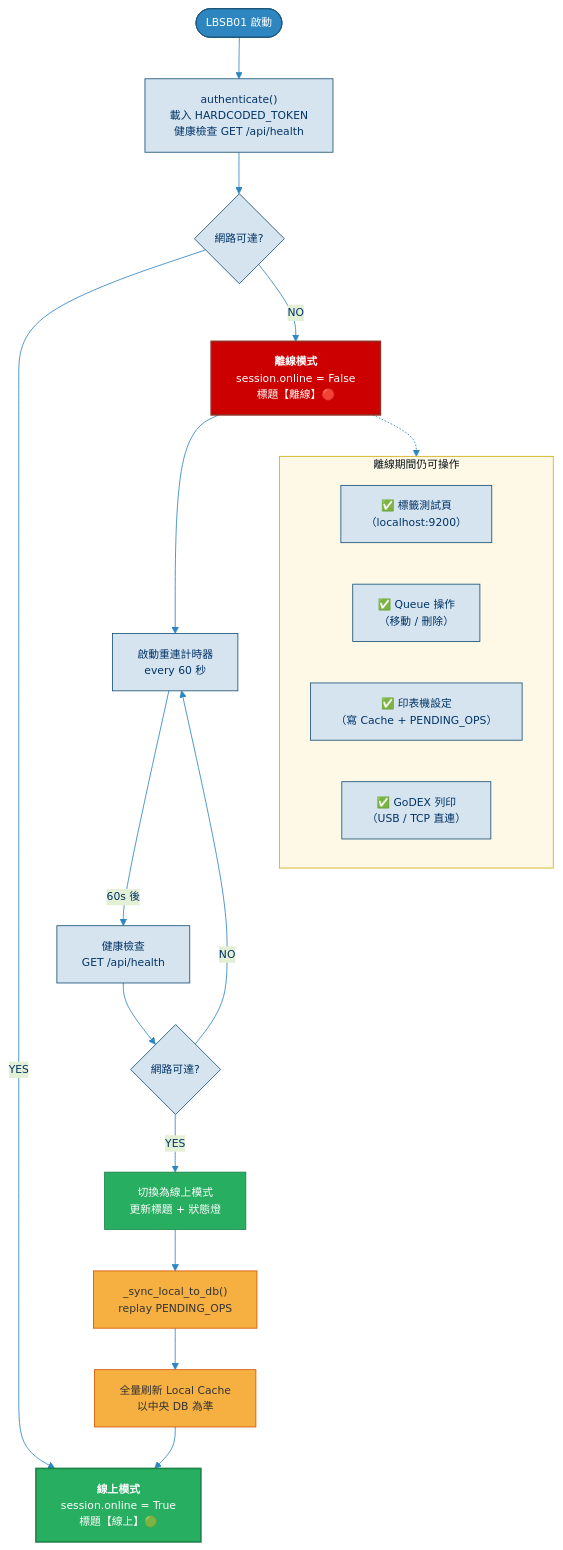
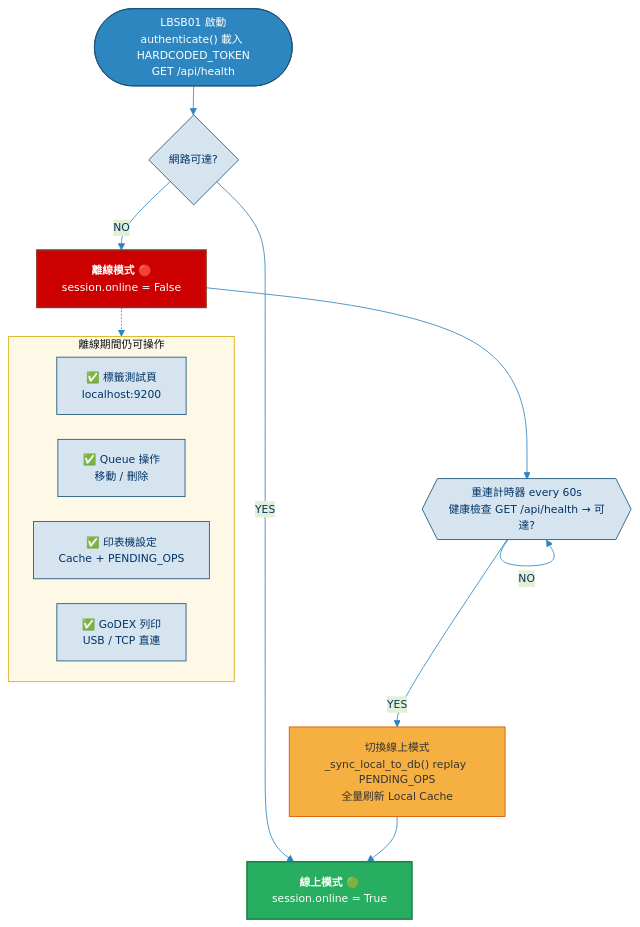
One commit to sti-fhb/LB_TBMS changed the diagram in docs/images/offline-reconnect.mmd. Above: the diagram before and after it, drawn with Mermaid. The commit also changed 5 other files, not shown here.

```diff
--- a/docs/images/offline-reconnect.mmd
+++ b/docs/images/offline-reconnect.mmd
@@ -1,34 +1,27 @@
-%%{init: {'theme': 'base', 'themeVariables': {'primaryColor': '#D6E4F0', 'primaryTextColor': '#003366', 'primaryBorderColor': '#1A5276', 'lineColor': '#2E86C1', 'fontSize': '13px'}}}%%
+%%{init: {'theme': 'base', 'themeVariables': {'primaryColor': '#D6E4F0', 'primaryTextColor': '#003366', 'primaryBorderColor': '#1A5276', 'lineColor': '#2E86C1', 'fontSize': '13px'}, 'flowchart': {'nodeSpacing': 30, 'rankSpacing': 35}}}%%
 flowchart TB
-    START(["LBSB01 啟動"]) --> AUTH["authenticate()<br/>載入 HARDCODED_TOKEN<br/>健康檢查 GET /api/health"]
-    AUTH --> CHECK{網路可達?}
+    START(["LBSB01 啟動<br/>authenticate() 載入 HARDCODED_TOKEN<br/>GET /api/health"]) --> CHECK{網路可達?}
 
-    CHECK -->|YES| ONLINE["<b>線上模式</b><br/>session.online = True<br/>標題【線上】🟢"]
-    CHECK -->|NO| OFFLINE["<b>離線模式</b><br/>session.online = False<br/>標題【離線】🔴"]
+    CHECK -->|YES| ONLINE["<b>線上模式</b> 🟢<br/>session.online = True"]
+    CHECK -->|NO| OFFLINE["<b>離線模式</b> 🔴<br/>session.online = False"]
 
-    OFFLINE --> TIMER["啟動重連計時器<br/>every 60 秒"]
-    TIMER -->|"60s 後"| RETRY["健康檢查<br/>GET /api/health"]
-    RETRY --> RECHECK{網路可達?}
+    OFFLINE --> TIMER{{"重連計時器 every 60s<br/>健康檢查 GET /api/health → 可達?"}}
+    TIMER -->|NO| TIMER
+    TIMER -->|YES| SYNC["切換線上模式<br/>_sync_local_to_db() replay PENDING_OPS<br/>全量刷新 Local Cache"]
+    SYNC --> ONLINE
 
-    RECHECK -->|NO| TIMER
-    RECHECK -->|YES| SWITCH["切換為線上模式<br/>更新標題 + 狀態燈"]
-    SWITCH --> SYNC["_sync_local_to_db()<br/>replay PENDING_OPS"]
-    SYNC --> REFRESH["全量刷新 Local Cache<br/>以中央 DB 為準"]
-    REFRESH --> ONLINE
+    OFFLINE -.-> OPS
 
-    subgraph OFFLINE_OPS["離線期間仍可操作"]
-        OP1["✅ 標籤測試頁<br/>（localhost:9200）"]
-        OP2["✅ Queue 操作<br/>（移動 / 刪除）"]
-        OP3["✅ 印表機設定<br/>（寫 Cache + PENDING_OPS）"]
-        OP4["✅ GoDEX 列印<br/>（USB / TCP 直連）"]
+    subgraph OPS["離線期間仍可操作"]
+        direction LR
+        OP1["✅ 標籤測試頁<br/>localhost:9200"]
+        OP2["✅ Queue 操作<br/>移動 / 刪除"]
+        OP3["✅ 印表機設定<br/>Cache + PENDING_OPS"]
+        OP4["✅ GoDEX 列印<br/>USB / TCP 直連"]
     end
-
-    OFFLINE -.-> OFFLINE_OPS
 
     style START fill:#2E86C1,stroke:#1A5276,color:#FFF
     style ONLINE fill:#27AE60,stroke:#1E8449,color:#FFF,stroke-width:2px
     style OFFLINE fill:#CC0000,stroke:#922B21,color:#FFF,stroke-width:2px
-    style SWITCH fill:#27AE60,stroke:#1E8449,color:#FFF
     style SYNC fill:#F5B041,stroke:#D35400,color:#333
-    style REFRESH fill:#F5B041,stroke:#D35400,color:#333
-    style OFFLINE_OPS fill:#FEF9E7,stroke:#D4AC0D,stroke-width:1px
+    style OPS fill:#FEF9E7,stroke:#D4AC0D,stroke-width:1px
```
